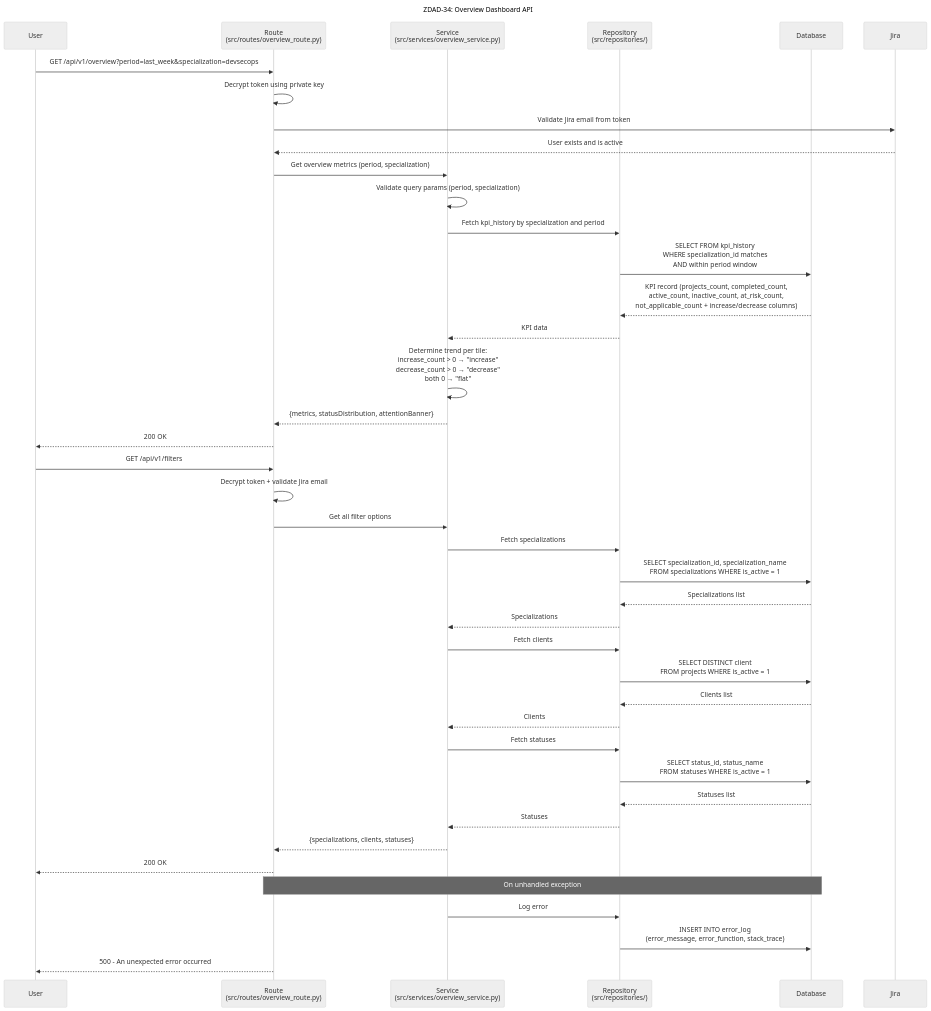
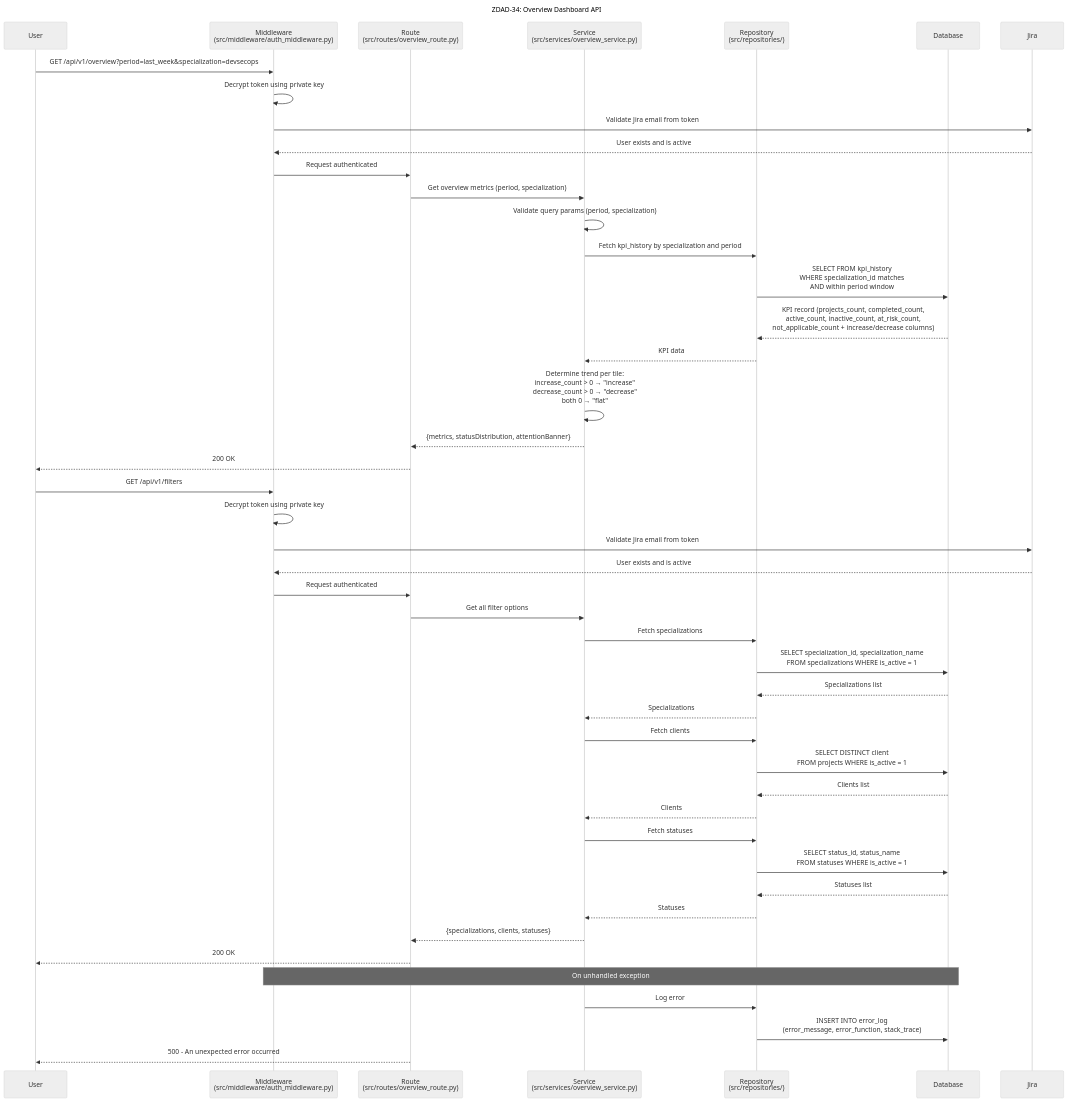
One commit to NandhiniSN9/Devsecops_BE changed the diagram in diagram/overview_dashboard.mmd. Above: the diagram before and after it, drawn with Mermaid (neutral theme). The commit also changed 7 other files, not shown here.

```diff
--- a/diagram/overview_dashboard.mmd
+++ b/diagram/overview_dashboard.mmd
@@ -1,49 +1,54 @@
 sequenceDiagram
     title ZDAD-34: Overview Dashboard API
 
     participant User
+    participant Middleware as Middleware<br/>(src/middleware/auth_middleware.py)
     participant Route as Route<br/>(src/routes/overview_route.py)
     participant Service as Service<br/>(src/services/overview_service.py)
     participant Repository as Repository<br/>(src/repositories/)
     participant Database
     participant Jira
 
     %% Overview Endpoint
-    User->>Route: GET /api/v1/overview?period=last_week&specialization=devsecops
-    Route->>Route: Decrypt token using private key
-    Route->>Jira: Validate Jira email from token
-    Jira-->>Route: User exists and is active
+    User->>Middleware: GET /api/v1/overview?period=last_week&specialization=devsecops
+    Middleware->>Middleware: Decrypt token using private key
+    Middleware->>Jira: Validate Jira email from token
+    Jira-->>Middleware: User exists and is active
+    Middleware->>Route: Request authenticated
     Route->>Service: Get overview metrics (period, specialization)
     Service->>Service: Validate query params (period, specialization)
     Service->>Repository: Fetch kpi_history by specialization and period
     Repository->>Database: SELECT FROM kpi_history<br/>WHERE specialization_id matches<br/>AND within period window
     Database-->>Repository: KPI record (projects_count, completed_count,<br/>active_count, inactive_count, at_risk_count,<br/>not_applicable_count + increase/decrease columns)
     Repository-->>Service: KPI data
     Service->>Service: Determine trend per tile:<br/>increase_count > 0 → "increase"<br/>decrease_count > 0 → "decrease"<br/>both 0 → "flat"
     Service-->>Route: {metrics, statusDistribution, attentionBanner}
     Route-->>User: 200 OK
 
     %% Filters Endpoint
-    User->>Route: GET /api/v1/filters
-    Route->>Route: Decrypt token + validate Jira email
+    User->>Middleware: GET /api/v1/filters
+    Middleware->>Middleware: Decrypt token using private key
+    Middleware->>Jira: Validate Jira email from token
+    Jira-->>Middleware: User exists and is active
+    Middleware->>Route: Request authenticated
     Route->>Service: Get all filter options
     Service->>Repository: Fetch specializations
     Repository->>Database: SELECT specialization_id, specialization_name<br/>FROM specializations WHERE is_active = 1
     Database-->>Repository: Specializations list
     Repository-->>Service: Specializations
     Service->>Repository: Fetch clients
     Repository->>Database: SELECT DISTINCT client<br/>FROM projects WHERE is_active = 1
     Database-->>Repository: Clients list
     Repository-->>Service: Clients
     Service->>Repository: Fetch statuses
     Repository->>Database: SELECT status_id, status_name<br/>FROM statuses WHERE is_active = 1
     Database-->>Repository: Statuses list
     Repository-->>Service: Statuses
     Service-->>Route: {specializations, clients, statuses}
     Route-->>User: 200 OK
 
     %% Error Scenario
-    Note over Route,Database: On unhandled exception
+    Note over Middleware,Database: On unhandled exception
     Service->>Repository: Log error
     Repository->>Database: INSERT INTO error_log<br/>(error_message, error_function, stack_trace)
     Route-->>User: 500 - An unexpected error occurred
```
